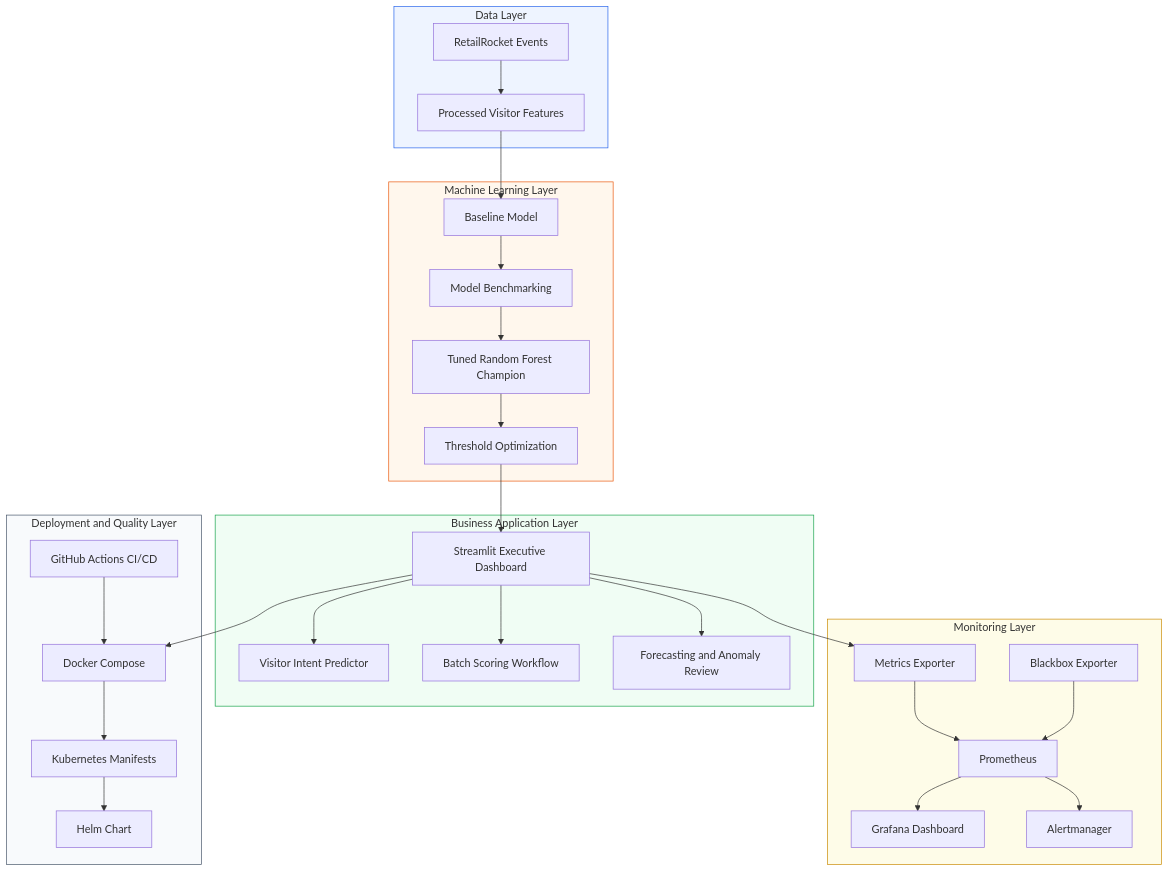
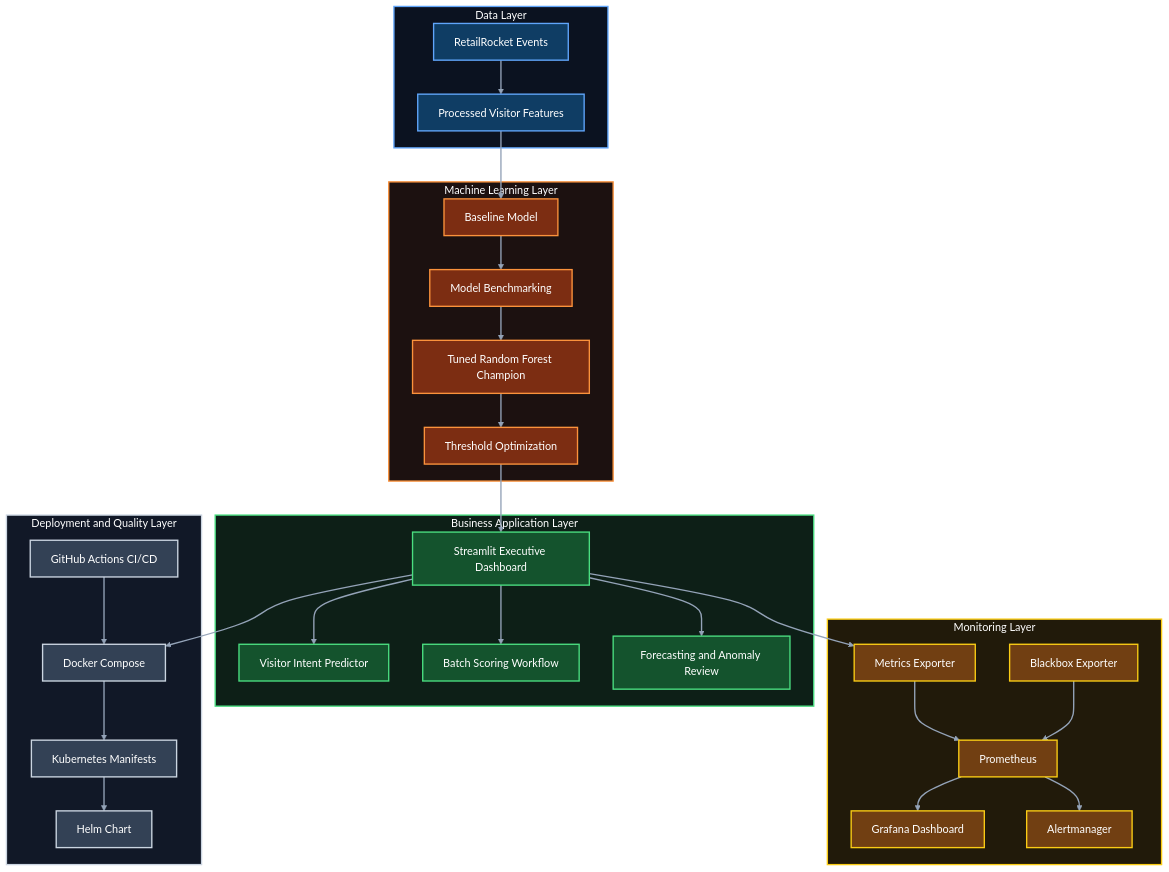
Before and after one commit to RuturajM31/E-Commerce-Conversion-Intelligence-Platform: the third of 6 diagrams in README.md, drawn with Mermaid. The commit also changed other lines of this file, not shown here.

````diff
--- a/README.md
+++ b/README.md
@@ -328,61 +350,76 @@
 ```mermaid
+%%{init: {"theme": "base", "themeVariables": {"background": "#0D1117", "primaryTextColor": "#FFFFFF", "lineColor": "#94A3B8", "fontFamily": "Arial", "clusterBkg": "#111827", "clusterBorder": "#64748B"}}}%%
 flowchart TB
-    subgraph Data_Layer[Data Layer]
-        A1[RetailRocket Events]
-        A2[Processed Visitor Features]
+    subgraph Data_Layer["Data Layer"]
+        A1["RetailRocket Events"]
+        A2["Processed Visitor Features"]
     end
 
-    subgraph ML_Layer[Machine Learning Layer]
-        B1[Baseline Model]
-        B2[Model Benchmarking]
-        B3[Tuned Random Forest Champion]
-        B4[Threshold Optimization]
+    subgraph ML_Layer["Machine Learning Layer"]
+        B1["Baseline Model"]
+        B2["Model Benchmarking"]
+        B3["Tuned Random Forest Champion"]
+        B4["Threshold Optimization"]
     end
 
-    subgraph Business_Layer[Business Application Layer]
-        C1[Streamlit Executive Dashboard]
-        C2[Visitor Intent Predictor]
-        C3[Batch Scoring Workflow]
-        C4[Forecasting and Anomaly Review]
+    subgraph Business_Layer["Business Application Layer"]
+        C1["Streamlit Executive Dashboard"]
+        C2["Visitor Intent Predictor"]
+        C3["Batch Scoring Workflow"]
+        C4["Forecasting and Anomaly Review"]
     end
 
-    subgraph Monitoring_Layer[Monitoring Layer]
-        D1[Metrics Exporter]
-        D2[Prometheus]
-        D3[Grafana Dashboard]
-        D4[Alertmanager]
-        D5[Blackbox Exporter]
+    subgraph Monitoring_Layer["Monitoring Layer"]
+        D1["Metrics Exporter"]
+        D2["Prometheus"]
+        D3["Grafana Dashboard"]
+        D4["Alertmanager"]
+        D5["Blackbox Exporter"]
     end
 
-    subgraph Deployment_Layer[Deployment and Quality Layer]
-        E1[Docker Compose]
-        E2[Kubernetes Manifests]
-        E3[Helm Chart]
-        E4[GitHub Actions CI/CD]
+    subgraph Deployment_Layer["Deployment and Quality Layer"]
+        E1["Docker Compose"]
+        E2["Kubernetes Manifests"]
+        E3["Helm Chart"]
+        E4["GitHub Actions CI/CD"]
     end
 
     A1 --> A2
     A2 --> B1
     B1 --> B2
     B2 --> B3
     B3 --> B4
     B4 --> C1
     C1 --> C2
     C1 --> C3
     C1 --> C4
     C1 --> D1
     D1 --> D2
     D5 --> D2
     D2 --> D3
     D2 --> D4
     C1 --> E1
     E1 --> E2
     E2 --> E3
     E4 --> E1
 
-    style Data_Layer fill:#eef4ff,stroke:#2563eb
-    style ML_Layer fill:#fff7ed,stroke:#ea580c
-    style Business_Layer fill:#f0fdf4,stroke:#16a34a
-    style Monitoring_Layer fill:#fefce8,stroke:#ca8a04
-    style Deployment_Layer fill:#f8fafc,stroke:#475569
+    classDef data fill:#0F3D64,stroke:#60A5FA,color:#FFFFFF,stroke-width:2px;
+    classDef ml fill:#7C2D12,stroke:#FB923C,color:#FFFFFF,stroke-width:2px;
+    classDef business fill:#14532D,stroke:#4ADE80,color:#FFFFFF,stroke-width:2px;
+    classDef monitoring fill:#713F12,stroke:#FACC15,color:#FFFFFF,stroke-width:2px;
+    classDef deployment fill:#334155,stroke:#CBD5E1,color:#FFFFFF,stroke-width:2px;
+
+    class A1,A2 data;
+    class B1,B2,B3,B4 ml;
+    class C1,C2,C3,C4 business;
+    class D1,D2,D3,D4,D5 monitoring;
+    class E1,E2,E3,E4 deployment;
+
+    style Data_Layer fill:#0B1220,stroke:#60A5FA,color:#FFFFFF,stroke-width:2px;
+    style ML_Layer fill:#1C1110,stroke:#FB923C,color:#FFFFFF,stroke-width:2px;
+    style Business_Layer fill:#0D1F17,stroke:#4ADE80,color:#FFFFFF,stroke-width:2px;
+    style Monitoring_Layer fill:#211A0A,stroke:#FACC15,color:#FFFFFF,stroke-width:2px;
+    style Deployment_Layer fill:#111827,stroke:#CBD5E1,color:#FFFFFF,stroke-width:2px;
+
+    linkStyle default stroke:#94A3B8,stroke-width:2px;
 ```
````
